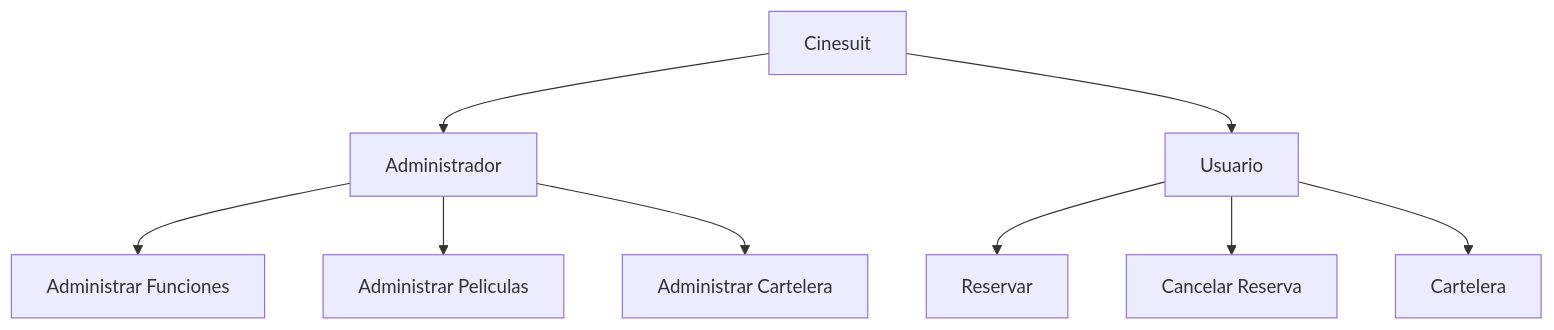
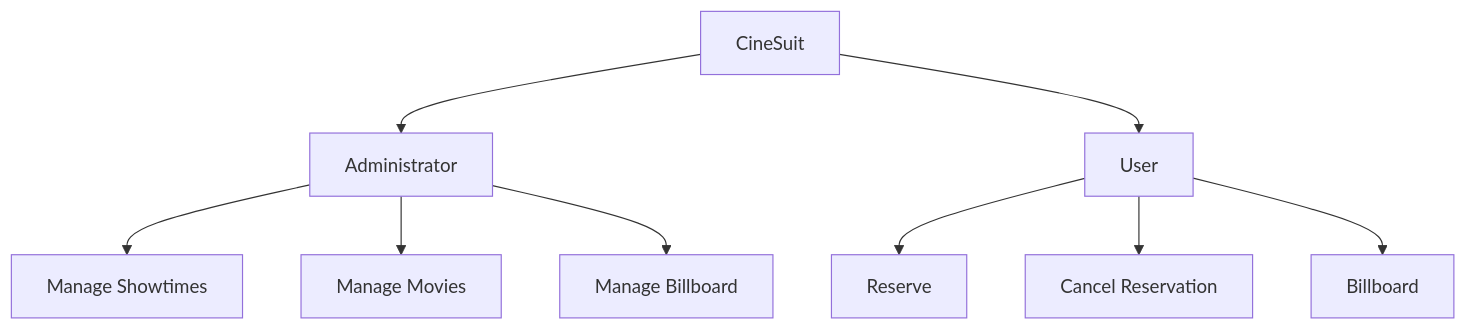
The diagram in README.md (DLeonardoG/Cinema), drawn with Mermaid before and after one commit. The commit also changed other lines of this file, not shown here.

````diff
--- a/README.md
+++ b/README.md
@@ -38,11 +36,11 @@
 ```mermaid
 graph TD
-    A[Cinesuit] --> B[Administrador]
-    A --> C[Usuario]
-    C --> D[Reservar]
-    C --> E[Cancelar Reserva]
-    C --> F[Cartelera]
-    B --> G[Administrar Funciones]
-    B --> H[Administrar Peliculas]
-    B --> I[Administrar Cartelera]
+    A[CineSuit] --> B[Administrator]
+    A --> C[User]
+    C --> D[Reserve]
+    C --> E[Cancel Reservation]
+    C --> F[Billboard]
+    B --> G[Manage Showtimes]
+    B --> H[Manage Movies]
+    B --> I[Manage Billboard]
 ```
````
